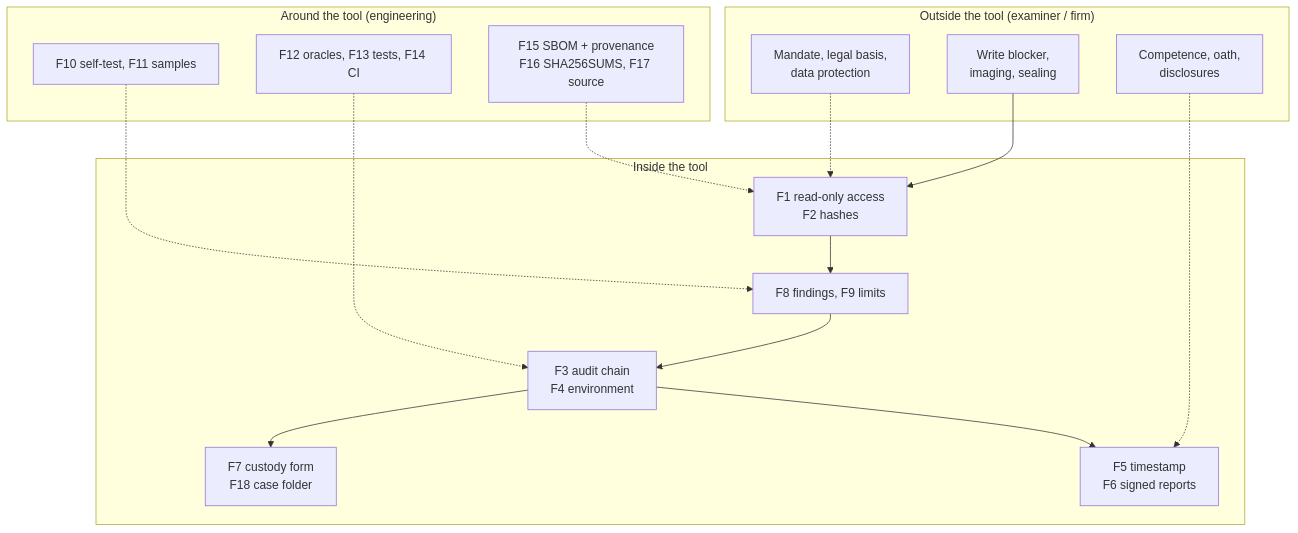
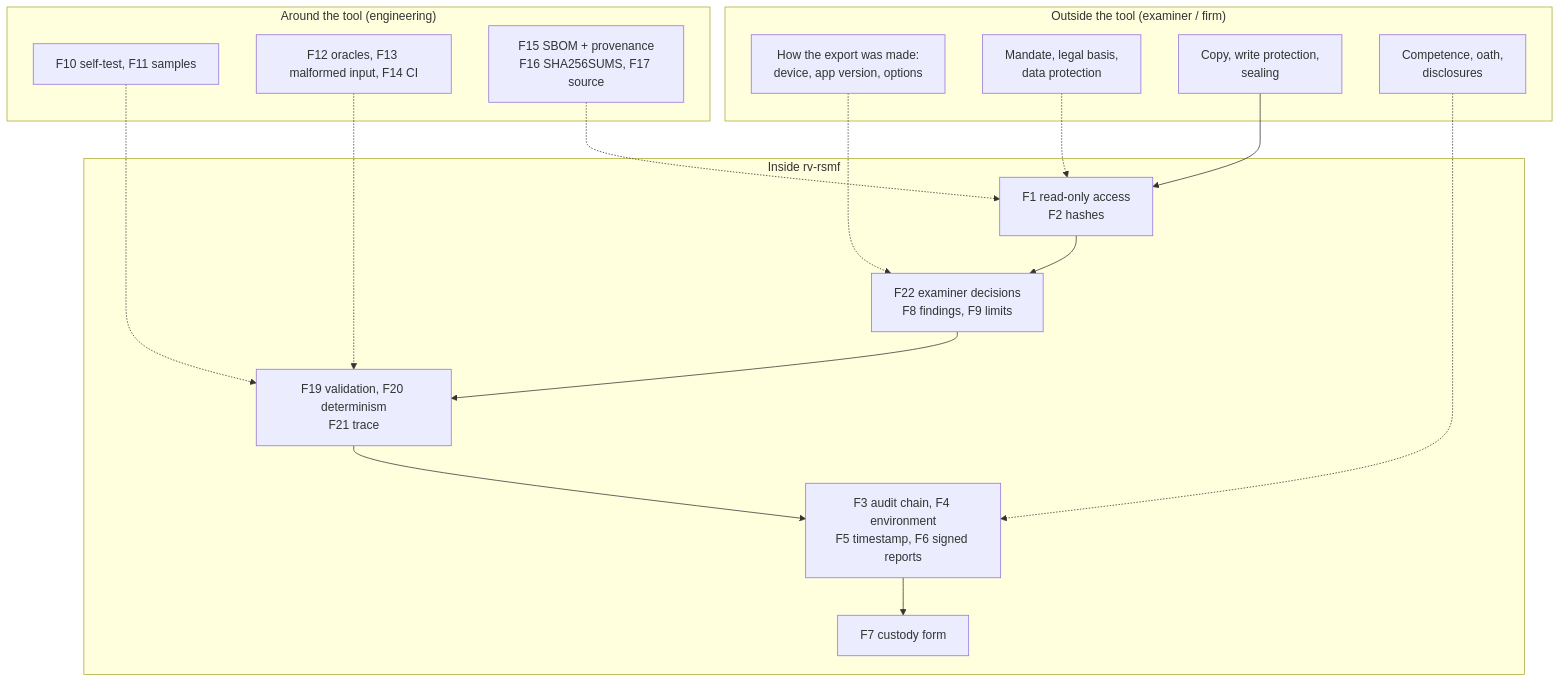
Before and after one commit to Panacota96/rv-rsmf: the second of 2 diagrams in docs/admissibility.md, drawn with Mermaid. The commit also changed other lines of this file and 12 other files, not shown here.

````diff
--- a/docs/admissibility.md
+++ b/docs/admissibility.md
@@ -104,27 +103,29 @@
 ```mermaid
 flowchart TB
     subgraph Outside["Outside the tool (examiner / firm)"]
+        X0["How the export was made:<br/>device, app version, options"]
         X1["Mandate, legal basis,<br/>data protection"]
-        X2["Write blocker,<br/>imaging, sealing"]
+        X2["Copy, write protection,<br/>sealing"]
         X3["Competence, oath,<br/>disclosures"]
     end
-    subgraph Tool["Inside the tool"]
+    subgraph Tool["Inside rv-rsmf"]
         T1["F1 read-only access<br/>F2 hashes"]
-        T2["F8 findings, F9 limits"]
-        T3["F3 audit chain<br/>F4 environment"]
-        T4["F5 timestamp<br/>F6 signed reports"]
-        T5["F7 custody form<br/>F18 case folder"]
+        T2["F22 examiner decisions<br/>F8 findings, F9 limits"]
+        T3["F19 validation, F20 determinism<br/>F21 trace"]
+        T4["F3 audit chain, F4 environment<br/>F5 timestamp, F6 signed reports"]
+        T5["F7 custody form"]
     end
     subgraph Release["Around the tool (engineering)"]
         R1["F10 self-test, F11 samples"]
-        R2["F12 oracles, F13 tests, F14 CI"]
+        R2["F12 oracles, F13 malformed input, F14 CI"]
         R3["F15 SBOM + provenance<br/>F16 SHA256SUMS, F17 source"]
     end
+    X0 -.-> T2
     X2 --> T1 --> T2 --> T3 --> T4
-    T3 --> T5
-    R1 -.-> T2
+    T4 --> T5
+    R1 -.-> T3
     R2 -.-> T3
     R3 -.-> T1
     X1 -.-> T1
     X3 -.-> T4
 ```
````
